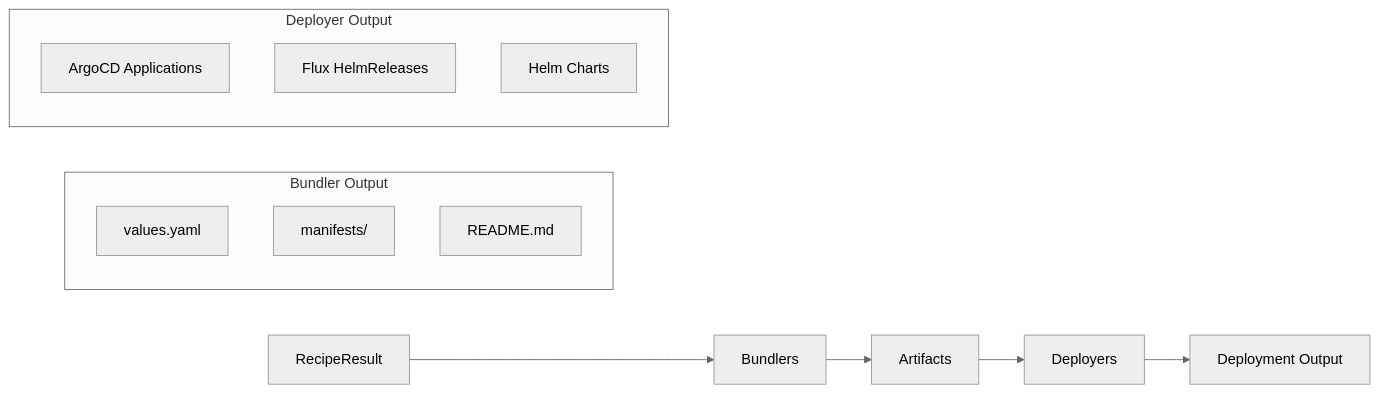
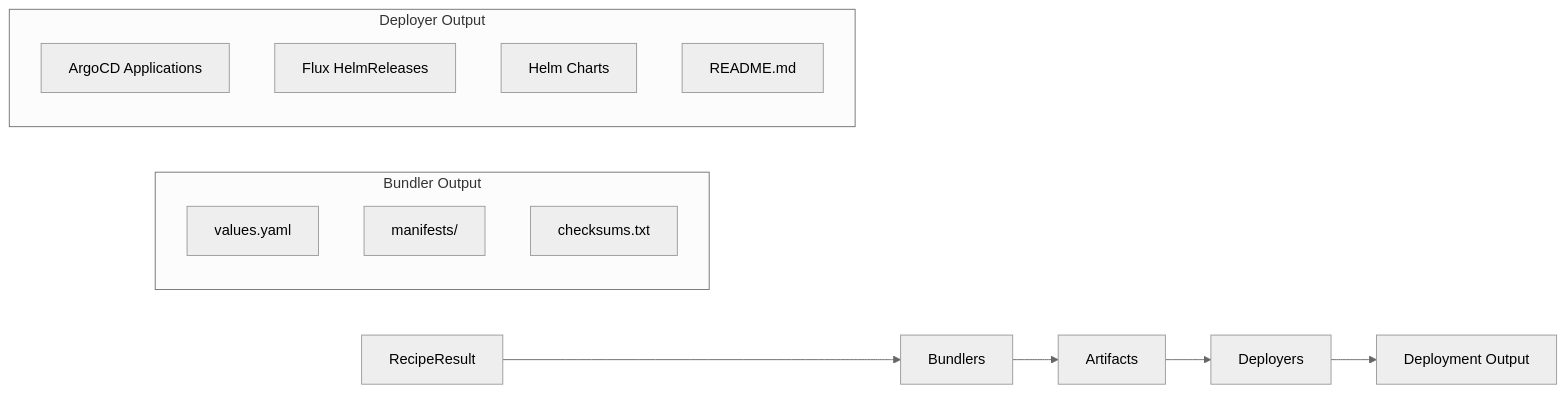
One commit to yuanchen8911/cloud-native-stack changed the diagram in docs/architecture/component.md. Above: the diagram before and after it, drawn with Mermaid (neutral theme). The commit also changed other lines of this file and 33 other files, not shown here.

````diff
--- a/docs/architecture/component.md
+++ b/docs/architecture/component.md
@@ -321,19 +287,20 @@
 ```mermaid
 flowchart LR
     R[RecipeResult] --> B[Bundlers]
     B --> A[Artifacts]
     A --> D[Deployers]
     D --> O[Deployment Output]
 
     subgraph "Bundler Output"
         A1[values.yaml]
         A2[manifests/]
-        A3[README.md]
+        A3[checksums.txt]
     end
 
     subgraph "Deployer Output"
         O1[ArgoCD Applications]
         O2[Flux HelmReleases]
         O3[Helm Charts]
+        O4[README.md]
     end
 ```
````
